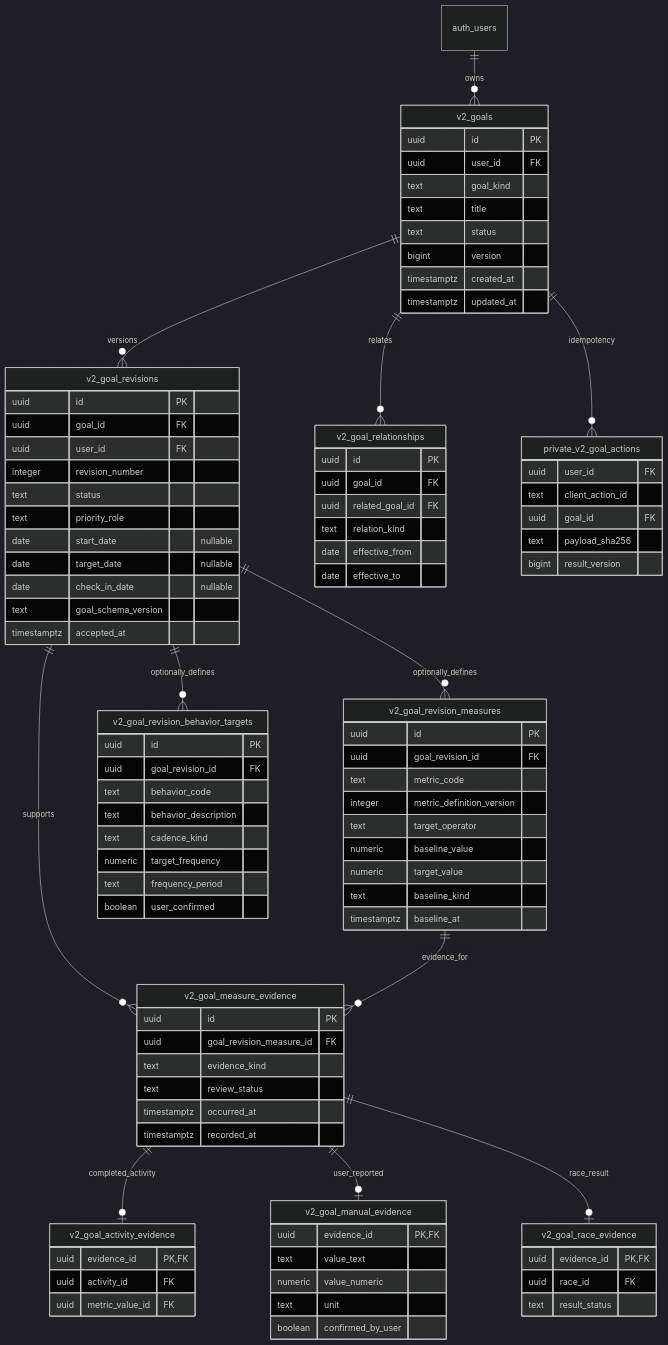
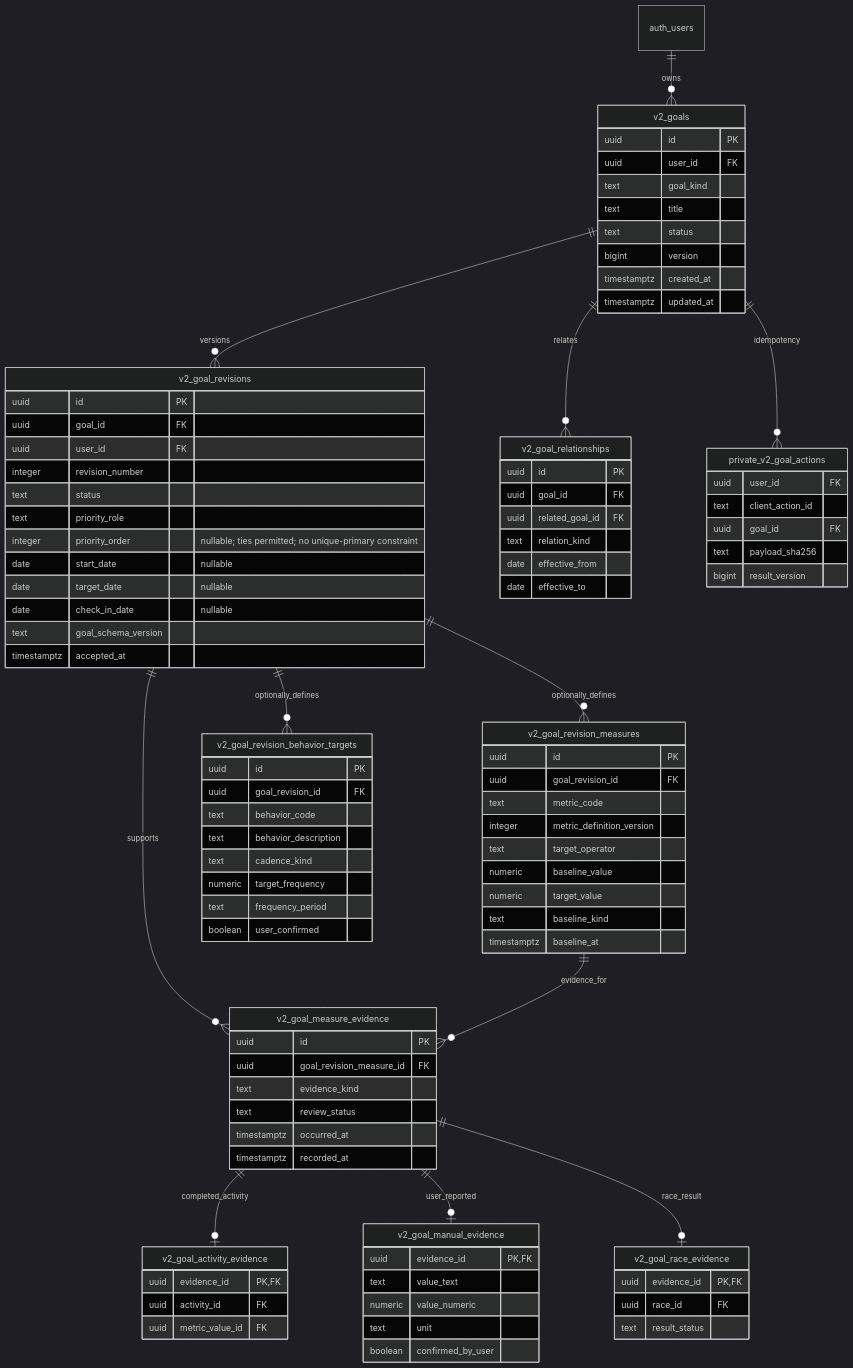
One commit to allinproject/All-In-V2 changed the diagram in docs/architecture/V2-GOALS-PHYSICAL-ERD-AND-SECURITY-PROPOSAL.md. Above: the diagram before and after it, drawn with Mermaid (dark theme). The commit also changed other lines of this file, not shown here.

Commit message:
docs(v2): model simultaneous primary goals and optional ordering

```diff
--- a/docs/architecture/V2-GOALS-PHYSICAL-ERD-AND-SECURITY-PROPOSAL.md
+++ b/docs/architecture/V2-GOALS-PHYSICAL-ERD-AND-SECURITY-PROPOSAL.md
@@ -58,6 +58,7 @@
     integer revision_number
     text status
     text priority_role
+    integer priority_order "nullable; ties permitted; no unique-primary constraint"
     date start_date "nullable"
     date target_date "nullable"
     date check_in_date "nullable"
```
